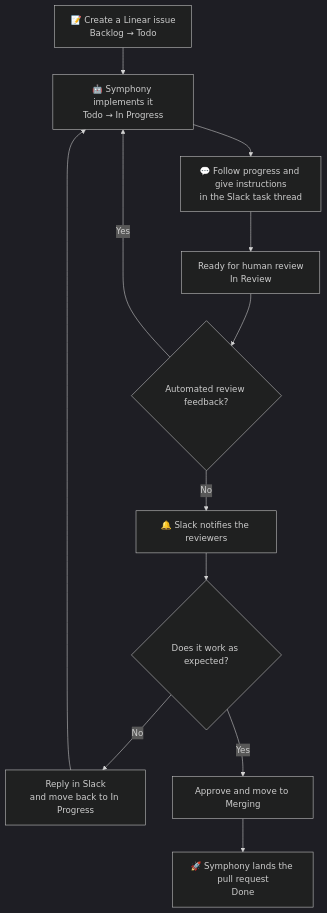
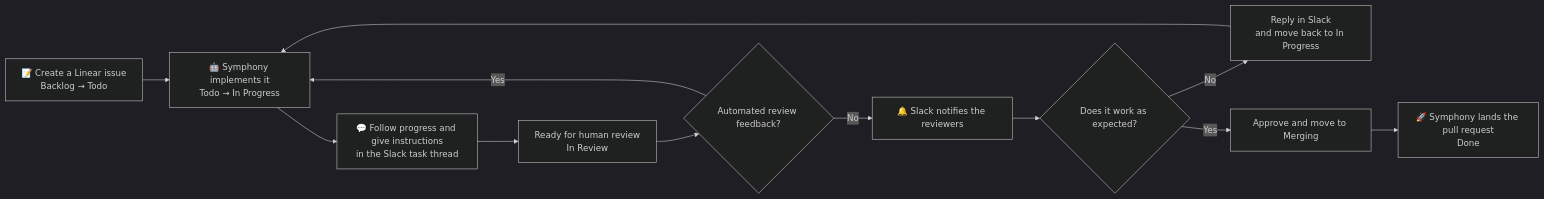
The diagram in README.md (hiroppy/orchestrators), drawn with Mermaid (dark theme) before and after one commit.

Commit message:
docs: render workflow diagram horizontally

````diff
--- a/README.md
+++ b/README.md
@@ -32,19 +32,19 @@
 ```mermaid
-flowchart TD
+flowchart LR
   create["📝 Create a Linear issue<br/>Backlog → Todo"]
   implement["🤖 Symphony implements it<br/>Todo → In Progress"]
   slack["💬 Follow progress and give instructions<br/>in the Slack task thread"]
   review["Ready for human review<br/>In Review"]
   automated{"Automated review feedback?"}
   notify["🔔 Slack notifies the reviewers"]
   verify{"Does it work as expected?"}
   feedback["Reply in Slack<br/>and move back to In Progress"]
   merging["Approve and move to Merging"]
   done["🚀 Symphony lands the pull request<br/>Done"]
 
   create --> implement --> slack --> review --> automated
   automated -- Yes --> implement
   automated -- No --> notify --> verify
   verify -- No --> feedback --> implement
   verify -- Yes --> merging --> done
 ```
````
